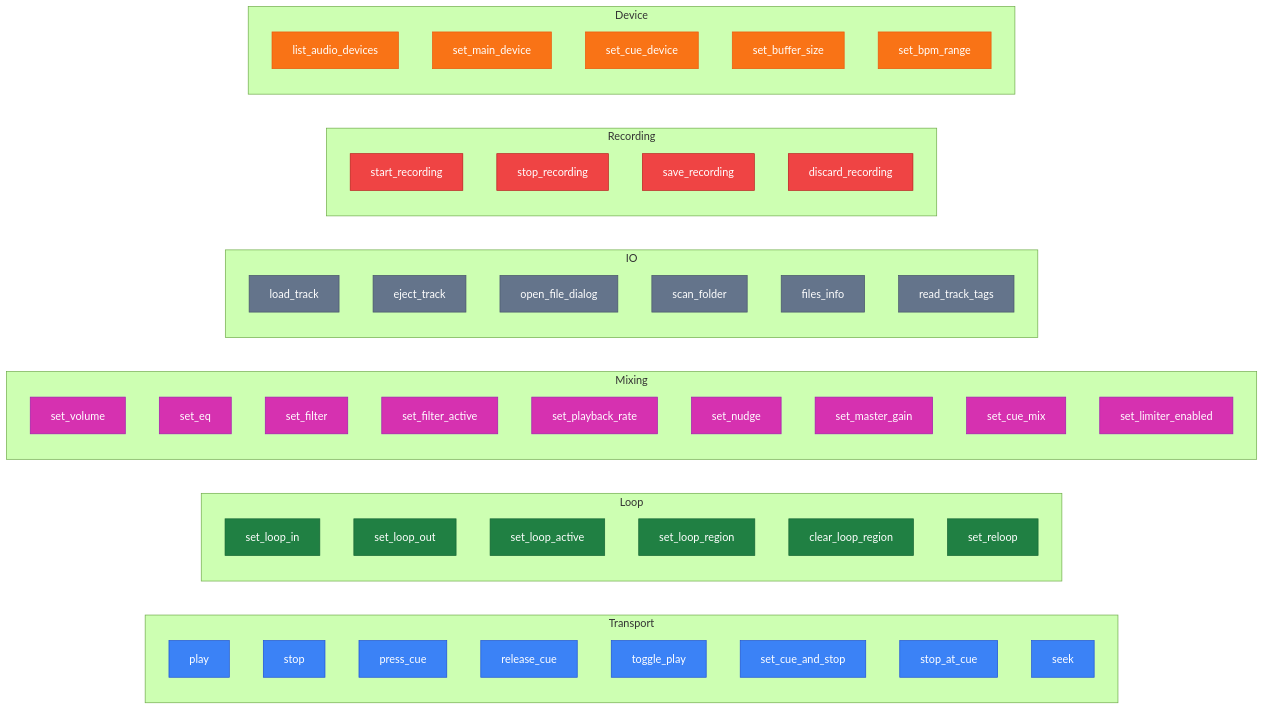
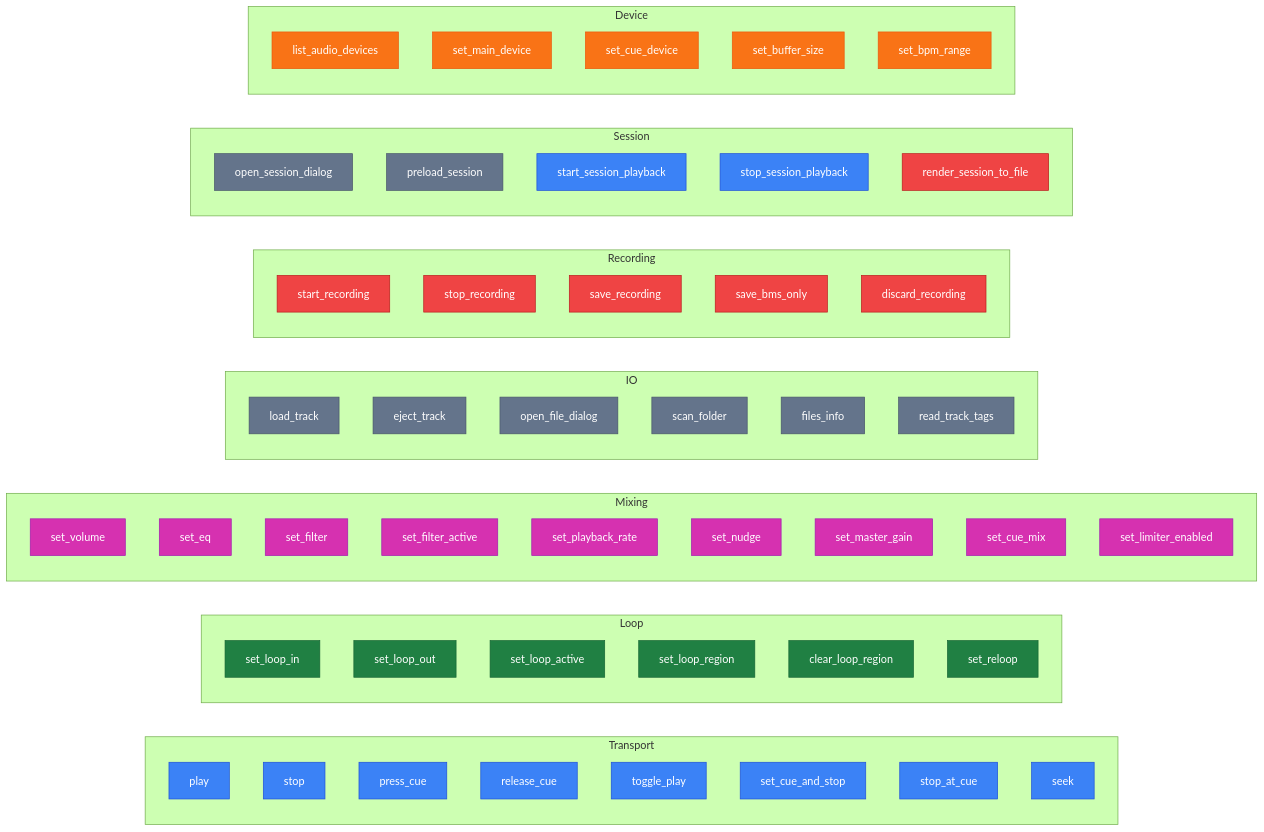
The fifth of 6 diagrams in ARCHITECTURE.md (berrutti/beatmatcher), drawn with Mermaid (forest theme) before and after one commit. The commit also changed other lines of this file and 48 other files, not shown here.

````diff
--- a/ARCHITECTURE.md
+++ b/ARCHITECTURE.md
@@ -103,65 +106,74 @@
 ```mermaid
 graph LR
     classDef transport fill:#3b82f6,stroke:#1d4ed8,color:#fff
     classDef loop fill:#208043,stroke:#166534,color:#fff
     classDef mixing fill:#d631b0,stroke:#a21caf,color:#fff
     classDef io fill:#64748b,stroke:#475569,color:#fff
     classDef recording fill:#ef4444,stroke:#b91c1c,color:#fff
     classDef device fill:#f97316,stroke:#ea580c,color:#fff
 
     subgraph Transport
         play:::transport
         stop:::transport
         press_cue:::transport
         release_cue:::transport
         toggle_play:::transport
         set_cue_and_stop:::transport
         stop_at_cue:::transport
         seek:::transport
     end
 
     subgraph Loop
         set_loop_in:::loop
         set_loop_out:::loop
         set_loop_active:::loop
         set_loop_region:::loop
         clear_loop_region:::loop
         set_reloop:::loop
     end
 
     subgraph Mixing
         set_volume:::mixing
         set_eq:::mixing
         set_filter:::mixing
         set_filter_active:::mixing
         set_playback_rate:::mixing
         set_nudge:::mixing
         set_master_gain:::mixing
         set_cue_mix:::mixing
         set_limiter_enabled:::mixing
     end
 
     subgraph IO
         load_track:::io
         eject_track:::io
         open_file_dialog:::io
         scan_folder:::io
         files_info:::io
         read_track_tags:::io
     end
 
     subgraph Recording
         start_recording:::recording
         stop_recording:::recording
         save_recording:::recording
+        save_bms_only:::recording
         discard_recording:::recording
+    end
+
+    subgraph Session
+        open_session_dialog:::io
+        preload_session:::io
+        start_session_playback:::transport
+        stop_session_playback:::transport
+        render_session_to_file:::recording
     end
 
     subgraph Device
         list_audio_devices:::device
         set_main_device:::device
         set_cue_device:::device
         set_buffer_size:::device
         set_bpm_range:::device
     end
 ```
````
